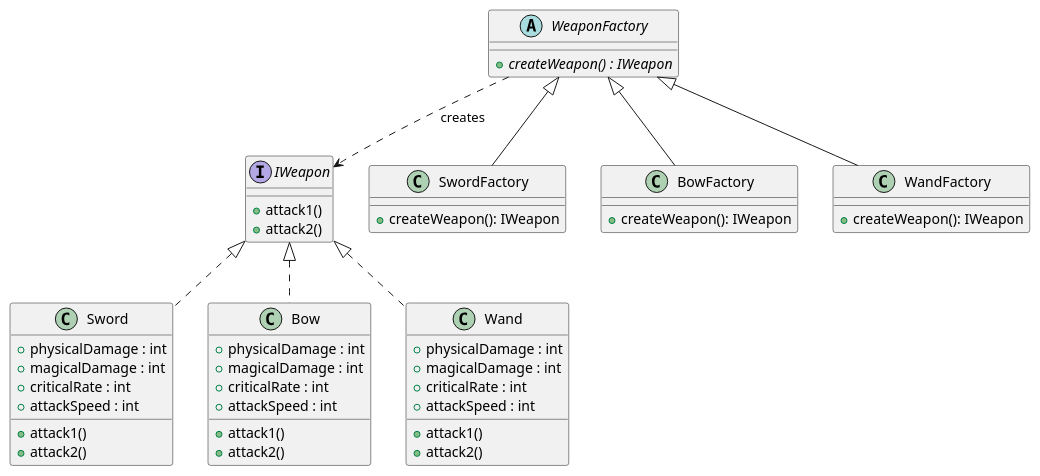
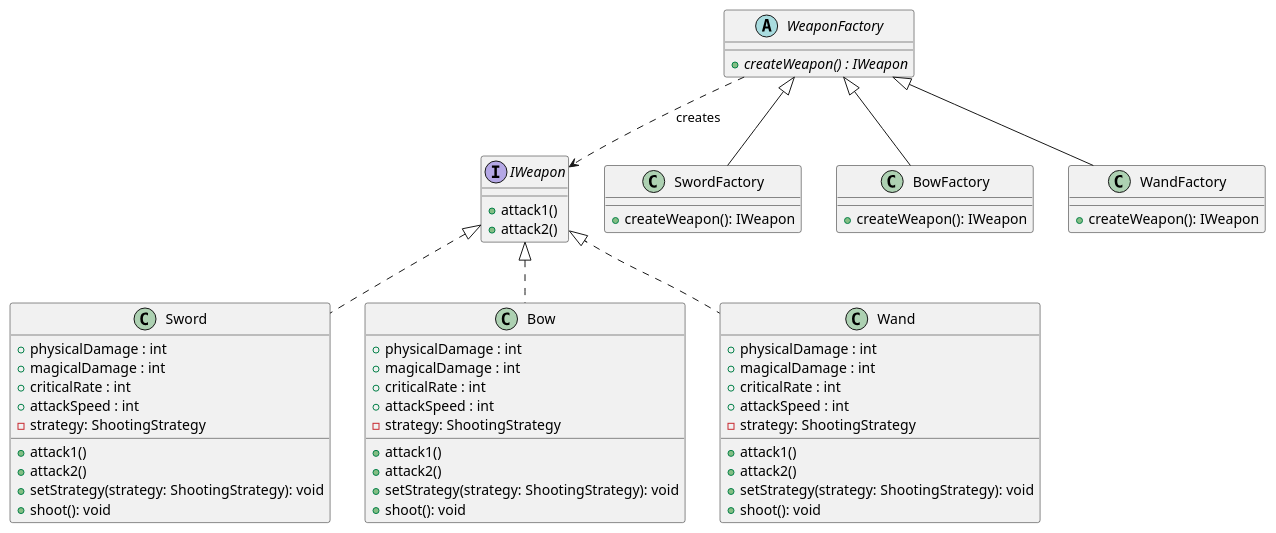
Before and after one commit to project-survivor/documentation: the diagram in UML/Factory_Method/weapon.factory-method.plantuml, drawn with PlantUML. The commit also changed 12 other files, not shown here.

```diff
--- a/UML/Factory_Method/weapon.factory-method.plantuml
+++ b/UML/Factory_Method/weapon.factory-method.plantuml
@@ -1,53 +1,62 @@
 @startuml
 
 abstract class WeaponFactory {
     {abstract} +createWeapon() : IWeapon
 }
 
 interface IWeapon {
     + attack1()
     + attack2()
 }
 
 class Sword implements IWeapon {
     + physicalDamage : int
     + magicalDamage : int
     + criticalRate : int
     + attackSpeed : int
+    -strategy: ShootingStrategy
     + attack1()
     + attack2()
+    +setStrategy(strategy: ShootingStrategy): void
+    +shoot(): void
 }
 
 class Bow implements IWeapon {
     + physicalDamage : int
     + magicalDamage : int
     + criticalRate : int
     + attackSpeed : int
+    -strategy: ShootingStrategy
     + attack1()
     + attack2()
+    +setStrategy(strategy: ShootingStrategy): void
+    +shoot(): void
 }
 
 class Wand implements IWeapon {
     + physicalDamage : int
     + magicalDamage : int
     + criticalRate : int
     + attackSpeed : int
+    -strategy: ShootingStrategy
     + attack1()
     + attack2()
+    +setStrategy(strategy: ShootingStrategy): void
+    +shoot(): void
 }
 
 class SwordFactory extends WeaponFactory {
     +createWeapon(): IWeapon
 }
 
 class BowFactory extends WeaponFactory {
     +createWeapon(): IWeapon
 }
 
 class WandFactory extends WeaponFactory {
     +createWeapon(): IWeapon
 }
 
 WeaponFactory ..> IWeapon : creates
 
 @enduml
```
